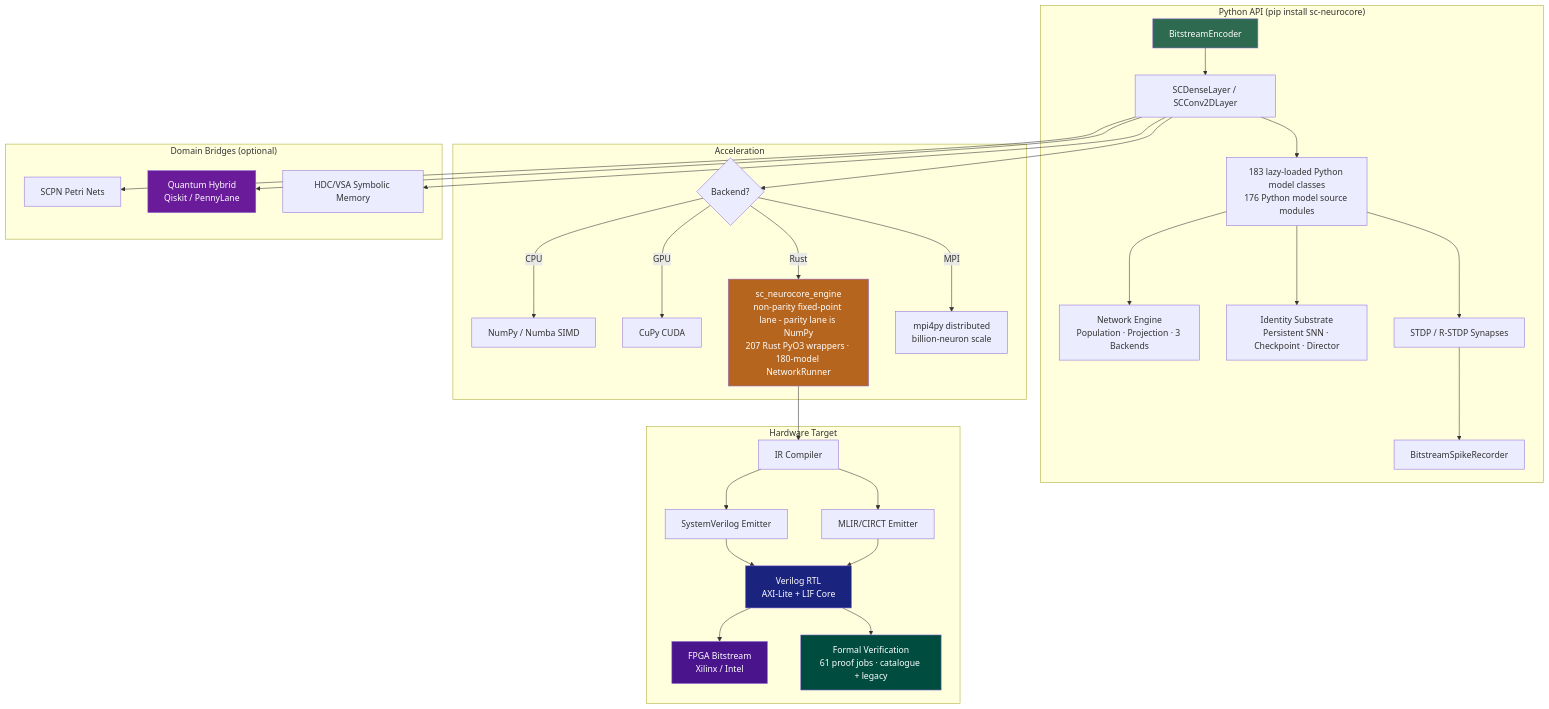
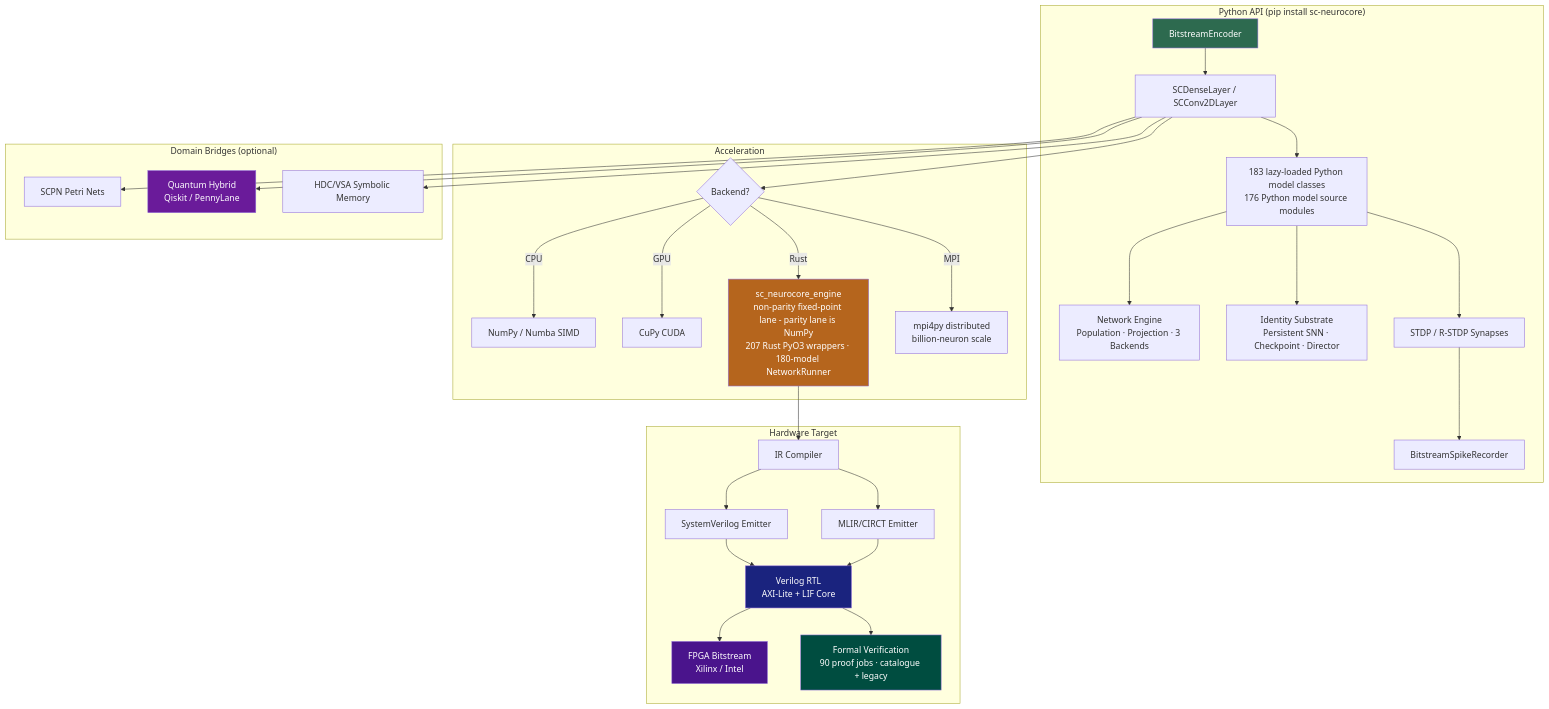
Before and after one commit to anulum/sc-neurocore: the diagram in README.md, drawn with Mermaid. The commit also changed 13 other files, not shown here.

````diff
--- a/README.md
+++ b/README.md
@@ -392,42 +392,42 @@
 ```mermaid
 graph TD
     subgraph "Python API (pip install sc-neurocore)"
         A[BitstreamEncoder] --> B[SCDenseLayer / SCConv2DLayer]
         B --> C[183 lazy-loaded Python model classes<br/>176 Python model source modules]
         C --> NET[Network Engine<br/>Population · Projection · 3 Backends]
         C --> ID[Identity Substrate<br/>Persistent SNN · Checkpoint · Director]
         C --> D[STDP / R-STDP Synapses]
         D --> E[BitstreamSpikeRecorder]
     end
 
     subgraph "Acceleration"
         B --> F{Backend?}
         F -->|CPU| G[NumPy / Numba SIMD]
         F -->|GPU| H[CuPy CUDA]
         F -->|Rust| I[sc_neurocore_engine<br/>non-parity fixed-point lane - parity lane is NumPy<br/>207 Rust PyO3 wrappers · 180-model NetworkRunner]
         F -->|MPI| MPI[mpi4py distributed<br/>billion-neuron scale]
     end
 
     subgraph "Hardware Target"
         I --> J[IR Compiler]
         J --> K[SystemVerilog Emitter]
         J --> K2[MLIR/CIRCT Emitter]
         K --> L[Verilog RTL<br/>AXI-Lite + LIF Core]
         K2 --> L
         L --> M[FPGA Bitstream<br/>Xilinx / Intel]
-        L --> V[Formal Verification<br/>61 proof jobs · catalogue + legacy]
+        L --> V[Formal Verification<br/>90 proof jobs · catalogue + legacy]
     end
 
     subgraph "Domain Bridges (optional)"
         B --> N[SCPN Petri Nets]
         B --> O[Quantum Hybrid<br/>Qiskit / PennyLane]
         B --> P[HDC/VSA Symbolic Memory]
     end
 
     style A fill:#2d6a4f,color:#fff
     style I fill:#b5651d,color:#fff
     style L fill:#1a237e,color:#fff
     style M fill:#4a148c,color:#fff
     style O fill:#6a1b9a,color:#fff
     style V fill:#004d40,color:#fff
 ```
````
